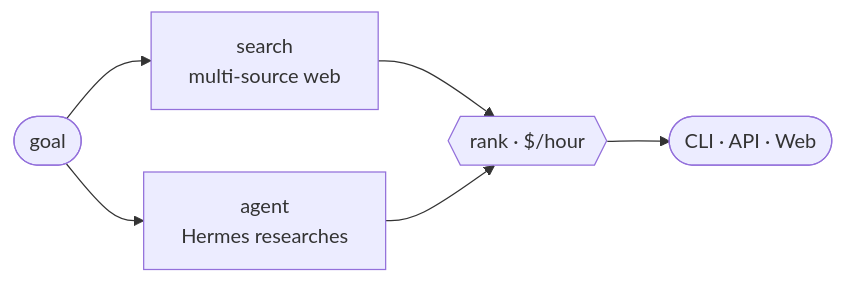
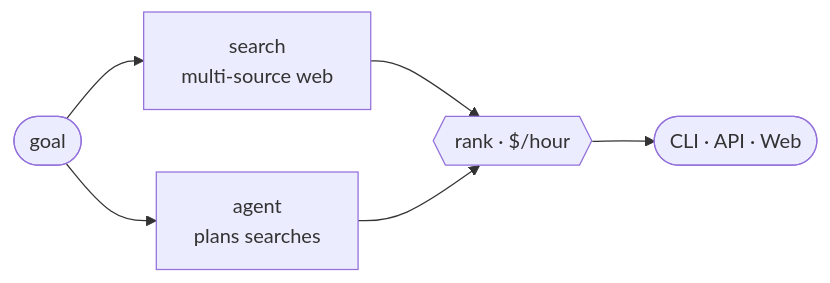
The first of 2 diagrams in README.md (pdj555/job-engine), drawn with Mermaid before and after one commit. The commit also changed other lines of this file and 13 other files, not shown here.

First line of the commit message:
Replace Hermes sidecar with in-process agent

````diff
--- a/README.md
+++ b/README.md
@@ -5,8 +5,8 @@
 ```mermaid
 flowchart LR
   G([goal]) --> S[search<br/>multi-source web]
-  G --> A[agent<br/>Hermes researches]
+  G --> A[agent<br/>plans searches]
   S --> R{{rank · $/hour}}
   A --> R
   R --> O([CLI · API · Web])
 ```
````
